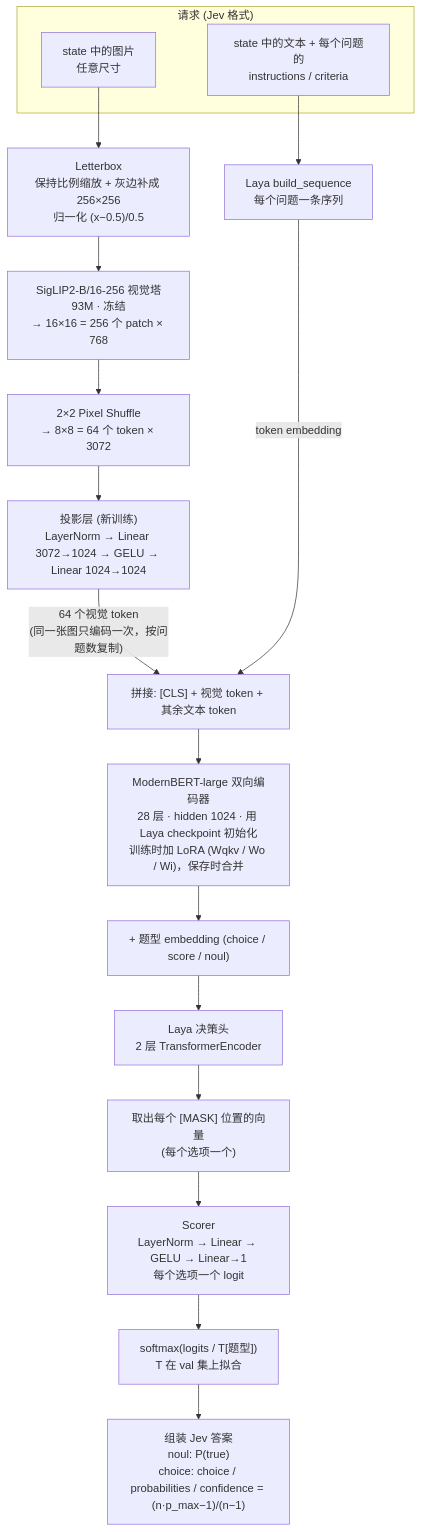
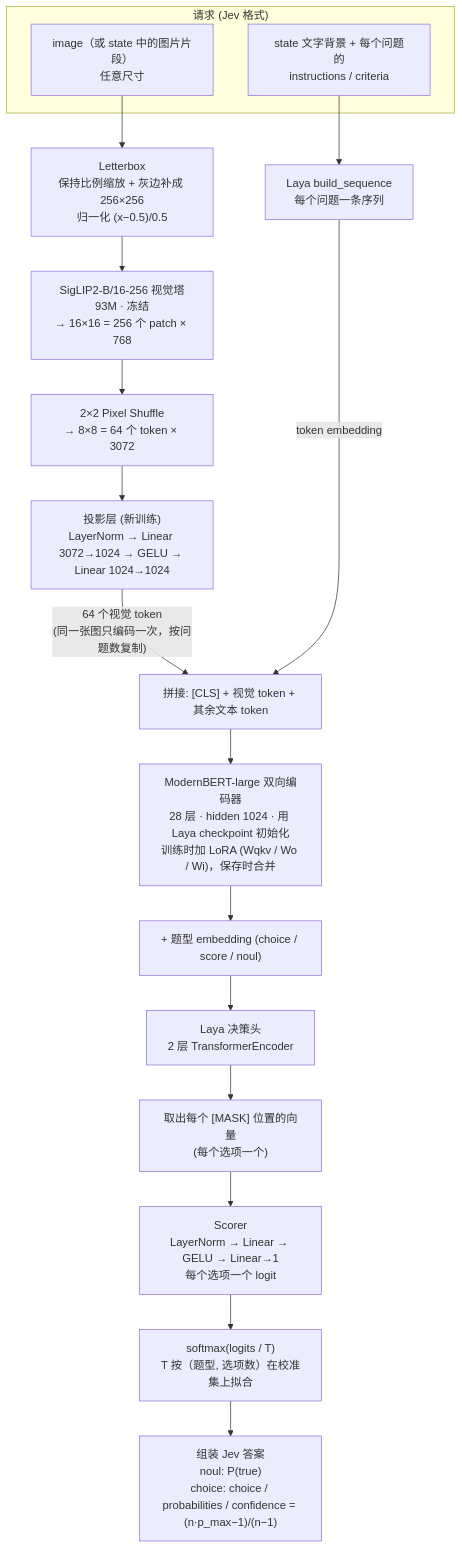
One commit to byebyebruce/devision changed the diagram in README.md. Above: the diagram before and after it, drawn with Mermaid. The commit also changed other lines of this file and 4 other files, not shown here.

````diff
--- a/README.md
+++ b/README.md
@@ -254,25 +230,25 @@
 ```mermaid
 flowchart TB
     subgraph IN["请求 (Jev 格式)"]
-        IMG["state 中的图片<br/>任意尺寸"]
-        TXT["state 中的文本 + 每个问题的<br/>instructions / criteria"]
+        IMG["image（或 state 中的图片片段）<br/>任意尺寸"]
+        TXT["state 文字背景 + 每个问题的<br/>instructions / criteria"]
     end
 
     IMG --> LB["Letterbox<br/>保持比例缩放 + 灰边补成 256×256<br/>归一化 (x−0.5)/0.5"]
     LB --> VIT["SigLIP2-B/16-256 视觉塔<br/>93M · 冻结<br/>→ 16×16 = 256 个 patch × 768"]
     VIT --> PS["2×2 Pixel Shuffle<br/>→ 8×8 = 64 个 token × 3072"]
     PS --> PROJ["投影层 (新训练)<br/>LayerNorm → Linear 3072→1024 → GELU → Linear 1024→1024"]
 
     TXT --> SEQ["Laya build_sequence<br/>每个问题一条序列"]
 
     PROJ -- "64 个视觉 token<br/>(同一张图只编码一次，按问题数复制)" --> CAT
     SEQ -- "token embedding" --> CAT["拼接: [CLS] + 视觉 token + 其余文本 token"]
 
     CAT --> ENC["ModernBERT-large 双向编码器<br/>28 层 · hidden 1024 · 用 Laya checkpoint 初始化<br/>训练时加 LoRA (Wqkv / Wo / Wi)，保存时合并"]
     ENC --> TE["+ 题型 embedding (choice / score / noul)"]
     TE --> HEAD["Laya 决策头<br/>2 层 TransformerEncoder"]
     HEAD --> GATHER["取出每个 [MASK] 位置的向量<br/>(每个选项一个)"]
     GATHER --> SC["Scorer<br/>LayerNorm → Linear → GELU → Linear→1<br/>每个选项一个 logit"]
-    SC --> SM["softmax(logits / T[题型])<br/>T 在 val 集上拟合"]
+    SC --> SM["softmax(logits / T)<br/>T 按（题型, 选项数）在校准集上拟合"]
     SM --> OUT["组装 Jev 答案<br/>noul: P(true)<br/>choice: choice / probabilities / confidence = (n·p_max−1)/(n−1)"]
 ```
````
